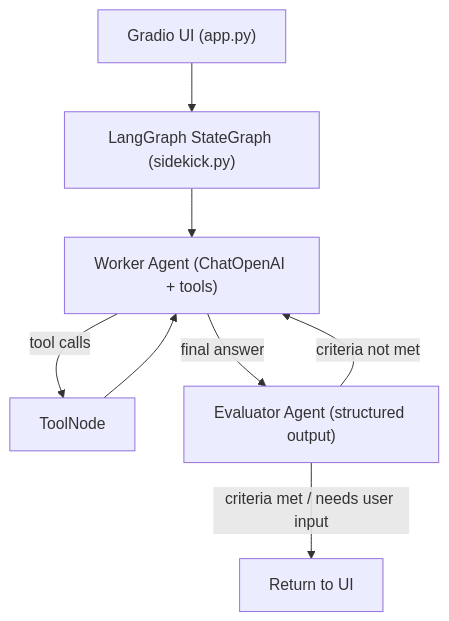
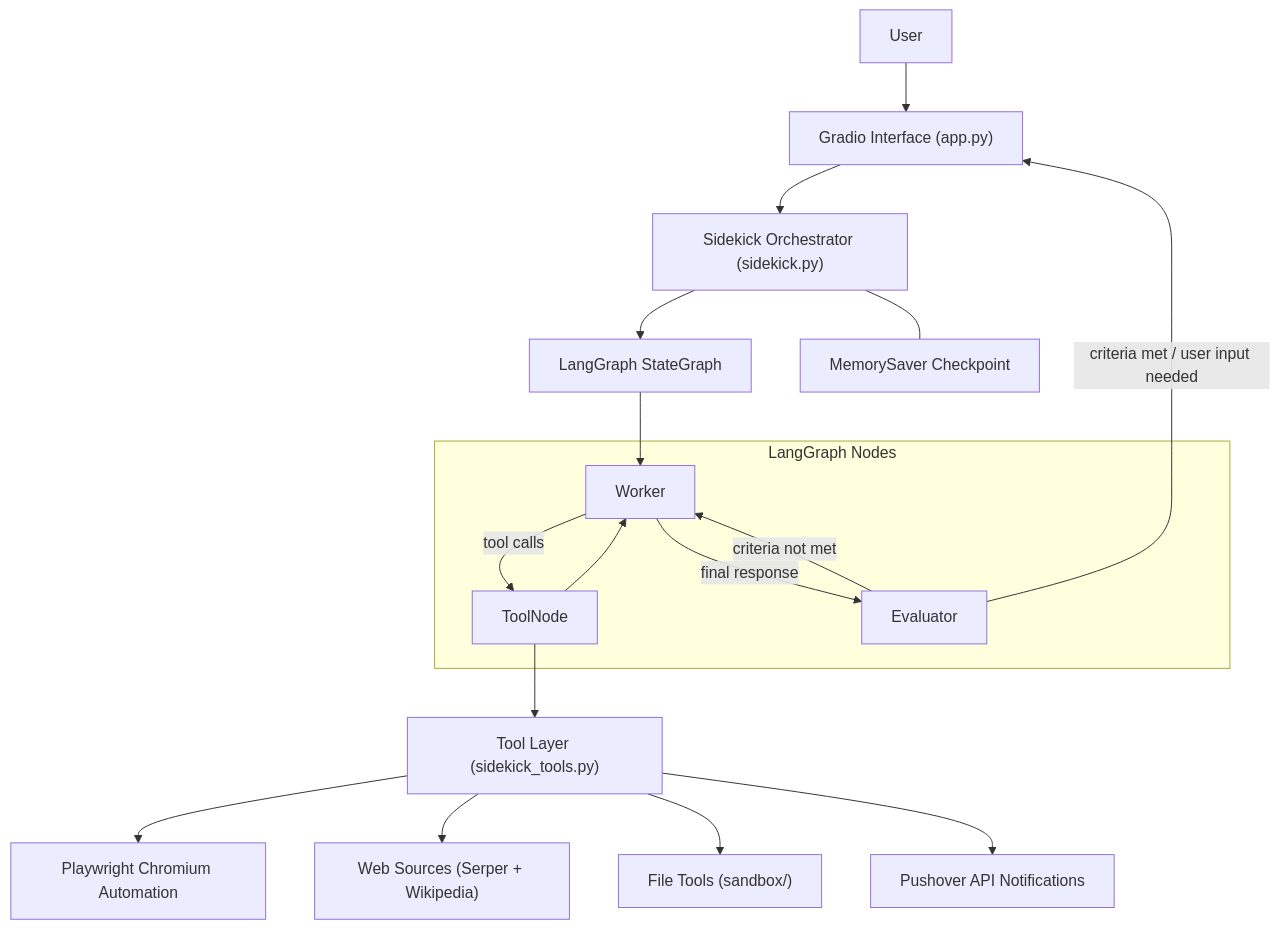
The first of 3 diagrams in README.md (cam-bell/langgraph-sidekick-agent), drawn with Mermaid before and after one commit. The commit also changed other lines of this file and 3 other files, not shown here.

Commit message:
Updated README and architecture with dataflow diagram and  services map

````diff
--- a/README.md
+++ b/README.md
@@ -30,10 +45,26 @@
 ```mermaid
 flowchart TD
-    UI["Gradio UI (app.py)"] --> SG["LangGraph StateGraph (sidekick.py)"]
-    SG --> W["Worker Agent (ChatOpenAI + tools)"]
-    W -->|tool calls| T["ToolNode"]
+    U["User"] --> UI["Gradio Interface (app.py)"]
+    UI --> SK["Sidekick Orchestrator (sidekick.py)"]
+    SK --> LG["LangGraph StateGraph"]
+
+    subgraph NODES["LangGraph Nodes"]
+      W["Worker"]
+      T["ToolNode"]
+      E["Evaluator"]
+    end
+
+    LG --> W
+    W -->|tool calls| T
     T --> W
-    W -->|final answer| E["Evaluator Agent (structured output)"]
-    E -->|criteria met / needs user input| END["Return to UI"]
+    W -->|final response| E
     E -->|criteria not met| W
+    E -->|criteria met / user input needed| UI
+
+    SK --- MEM["MemorySaver Checkpoint"]
+    T --> TL["Tool Layer (sidekick_tools.py)"]
+    TL --> PB["Playwright Chromium Automation"]
+    TL --> WEB["Web Sources (Serper + Wikipedia)"]
+    TL --> SAN["File Tools (sandbox/)"]
+    TL --> PUSH["Pushover API Notifications"]
 ```
````
